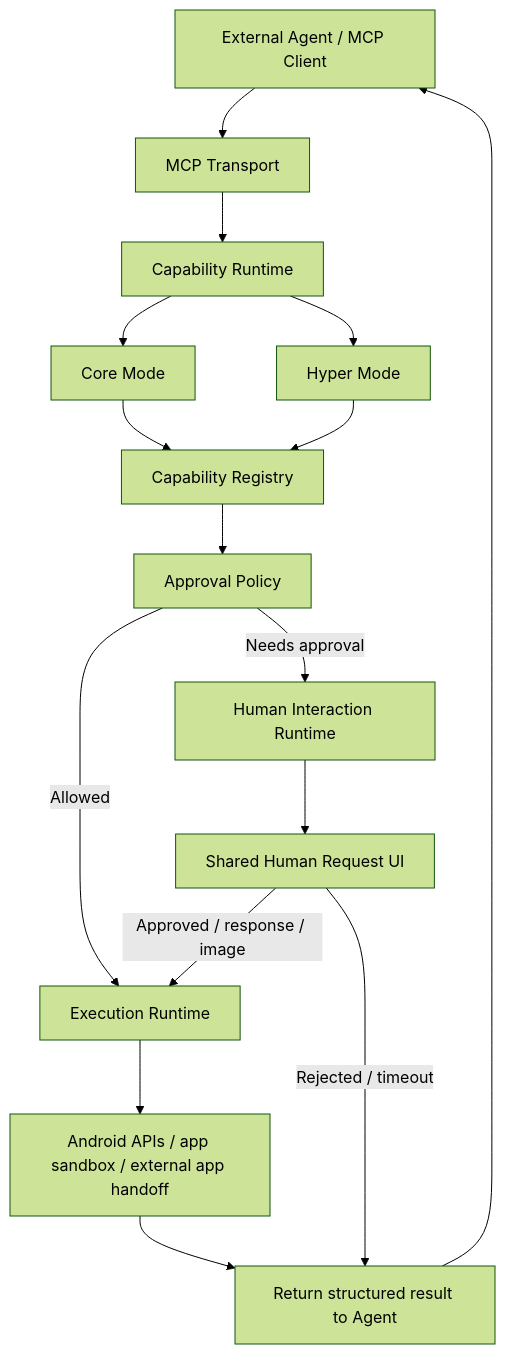
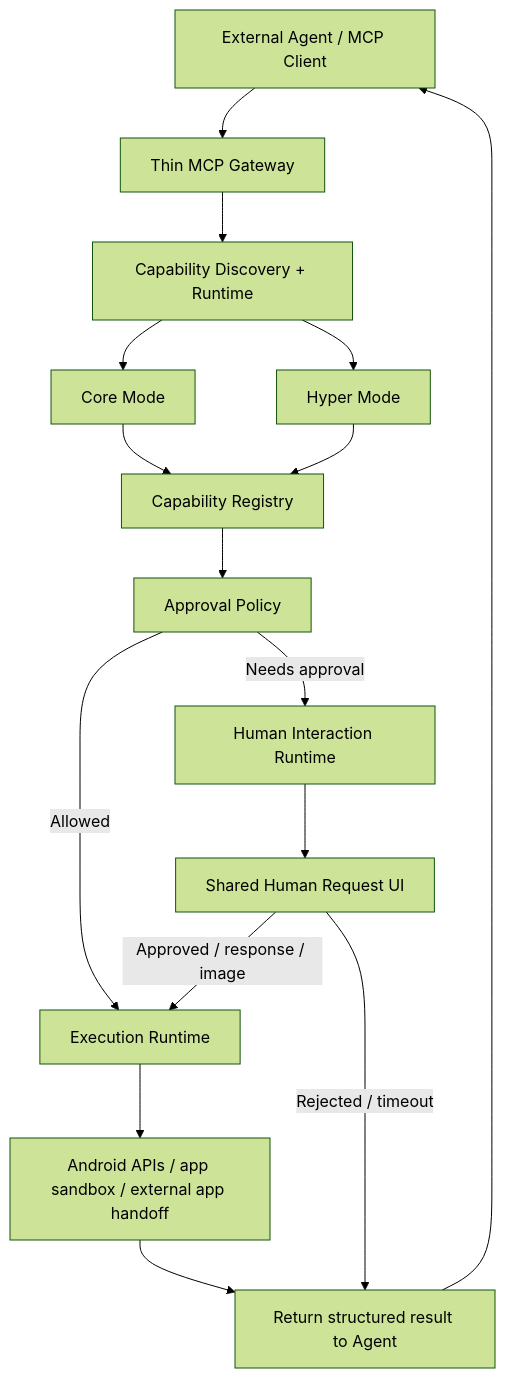
One commit to mabyes1/PickPico changed the first of 5 diagrams in docs/product-spec-v0.1.md. Above: the diagram before and after it, drawn with Mermaid (forest theme). The commit also changed other lines of this file and 12 other files, not shown here.

Commit message:
Introduce Thin MCP capability discovery

````diff
--- a/docs/product-spec-v0.1.md
+++ b/docs/product-spec-v0.1.md
@@ -31,24 +31,24 @@
 ```mermaid
 flowchart TD
-    A[External Agent / MCP Client] --> B[MCP Transport]
-    B --> C[Capability Runtime]
+    A[External Agent / MCP Client] --> B[Thin MCP Gateway]
+    B --> C[Capability Discovery + Runtime]
 
     C --> D[Core Mode]
     C --> E[Hyper Mode]
 
     D --> F[Capability Registry]
     E --> F
 
     F --> G[Approval Policy]
     G -->|Allowed| H[Execution Runtime]
     G -->|Needs approval| I[Human Interaction Runtime]
 
     I --> J[Shared Human Request UI]
     J -->|Approved / response / image| H
     J -->|Rejected / timeout| K[Return structured result to Agent]
 
     H --> L[Android APIs / app sandbox / external app handoff]
     L --> K
 
     K --> A
 ```
````
